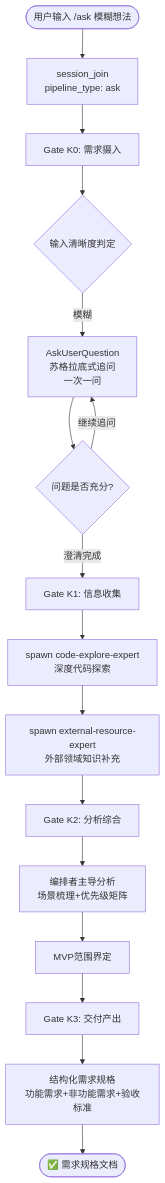
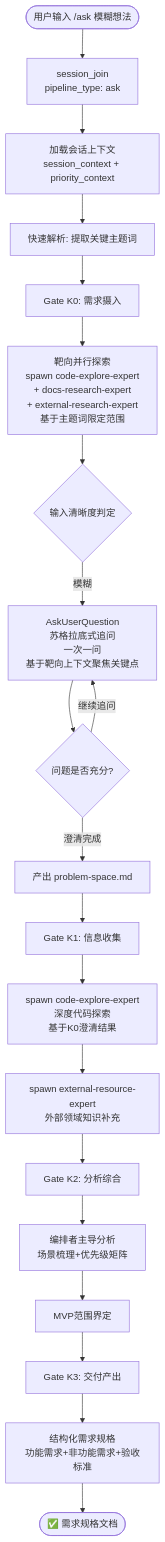
One commit to Wjl1224734792/Jarvis-Agent-Factory changed the first of 4 diagrams in docs/flows/ask.md. Above: the diagram before and after it, drawn with Mermaid. The commit also changed other lines of this file and 46 other files, not shown here.

````diff
--- a/docs/flows/ask.md
+++ b/docs/flows/ask.md
@@ -26,18 +26,22 @@
 ```mermaid
 flowchart TD
     START([用户输入 /ask 模糊想法]) --> JOIN[session_join<br/>pipeline_type: ask]
-    JOIN --> K0[Gate K0: 需求摄入]
-    K0 --> K0D{输入清晰度判定}
-    K0D --> |模糊| K0Q[AskUserQuestion<br/>苏格拉底式追问<br/>一次一问]
+    JOIN --> CTX[加载会话上下文<br/>session_context + priority_context]
+    CTX --> PARSE[快速解析: 提取关键主题词]
+    PARSE --> K0[Gate K0: 需求摄入]
+    K0 --> K0EXPLORE[靶向并行探索<br/>spawn code-explore-expert<br/>+ docs-research-expert<br/>+ external-research-expert<br/>基于主题词限定范围]
+    K0EXPLORE --> K0D{输入清晰度判定}
+    K0D --> |模糊| K0Q[AskUserQuestion<br/>苏格拉底式追问<br/>一次一问<br/>基于靶向上下文聚焦关键点]
     K0Q --> K0E{问题是否充分?}
     K0E --> |继续追问| K0Q
-    K0E --> |澄清完成| K1[Gate K1: 信息收集]
-    K1 --> K1A[spawn code-explore-expert<br/>深度代码探索]
+    K0E --> |澄清完成| K0DOC[产出 problem-space.md]
+    K0DOC --> K1[Gate K1: 信息收集]
+    K1 --> K1A[spawn code-explore-expert<br/>深度代码探索<br/>基于K0澄清结果]
     K1A --> K1B[spawn external-resource-expert<br/>外部领域知识补充]
     K1B --> K2[Gate K2: 分析综合]
     K2 --> K2A[编排者主导分析<br/>场景梳理+优先级矩阵]
     K2A --> K2B[MVP范围界定]
     K2B --> K3[Gate K3: 交付产出]
     K3 --> K3A[结构化需求规格<br/>功能需求+非功能需求+验收标准]
     K3A --> DONE([✅ 需求规格文档])
 ```
````
